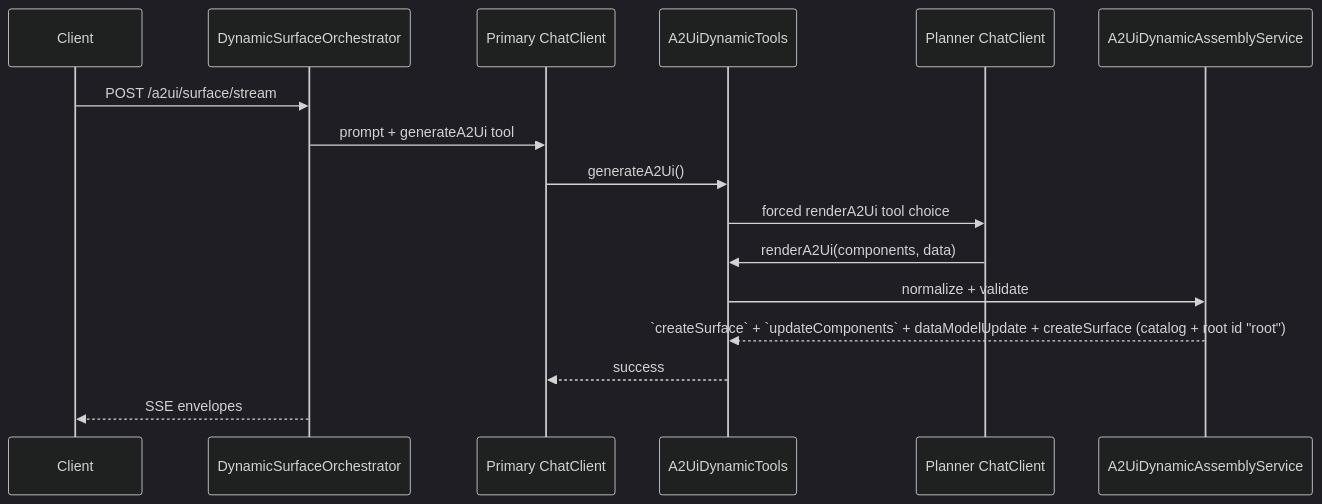
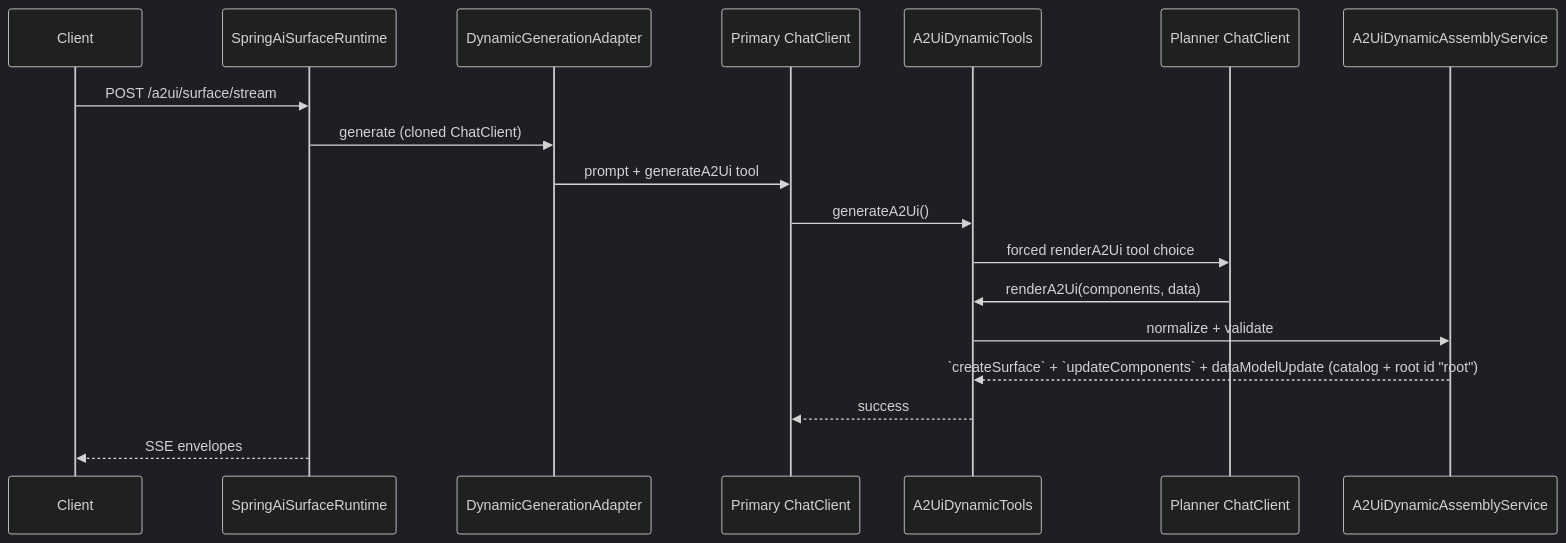
The diagram in docs/guides/dynamic-generative-ui.md (kutaybuyukkorukcu/spring-a2ui-runtime), drawn with Mermaid (dark theme) before and after one commit. The commit also changed 42 other files, not shown here.

First line of the commit message:
Implement architecture revisions Waves A–C for catalog-scoped fail-fast.

````diff
--- a/docs/guides/dynamic-generative-ui.md
+++ b/docs/guides/dynamic-generative-ui.md
@@ -32,19 +32,21 @@
 ```mermaid
 sequenceDiagram
     participant Client
-    participant Orchestrator as DynamicSurfaceOrchestrator
+    participant Compose as SpringAiSurfaceRuntime
+    participant Adapter as DynamicGenerationAdapter
     participant Primary as Primary ChatClient
     participant Tools as A2UiDynamicTools
     participant Planner as Planner ChatClient
     participant Assembly as A2UiDynamicAssemblyService
 
-    Client->>Orchestrator: POST /a2ui/surface/stream
-    Orchestrator->>Primary: prompt + generateA2Ui tool
+    Client->>Compose: POST /a2ui/surface/stream
+    Compose->>Adapter: generate (cloned ChatClient)
+    Adapter->>Primary: prompt + generateA2Ui tool
     Primary->>Tools: generateA2Ui()
     Tools->>Planner: forced renderA2Ui tool choice
     Planner->>Tools: renderA2Ui(components, data)
     Tools->>Assembly: normalize + validate
-    Assembly-->>Tools: `createSurface` + `updateComponents` + dataModelUpdate + createSurface (catalog + root id "root")
+    Assembly-->>Tools: `createSurface` + `updateComponents` + dataModelUpdate (catalog + root id "root")
     Tools-->>Primary: success
-    Orchestrator-->>Client: SSE envelopes
+    Compose-->>Client: SSE envelopes
 ```
````
